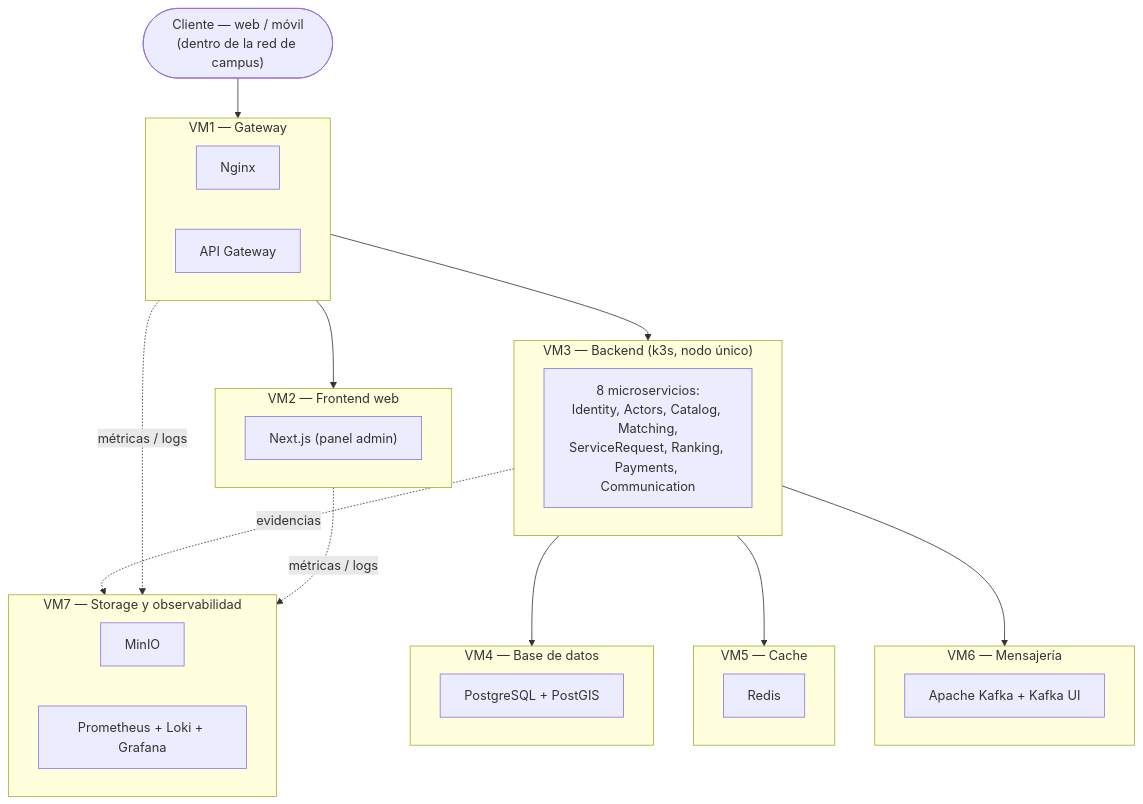
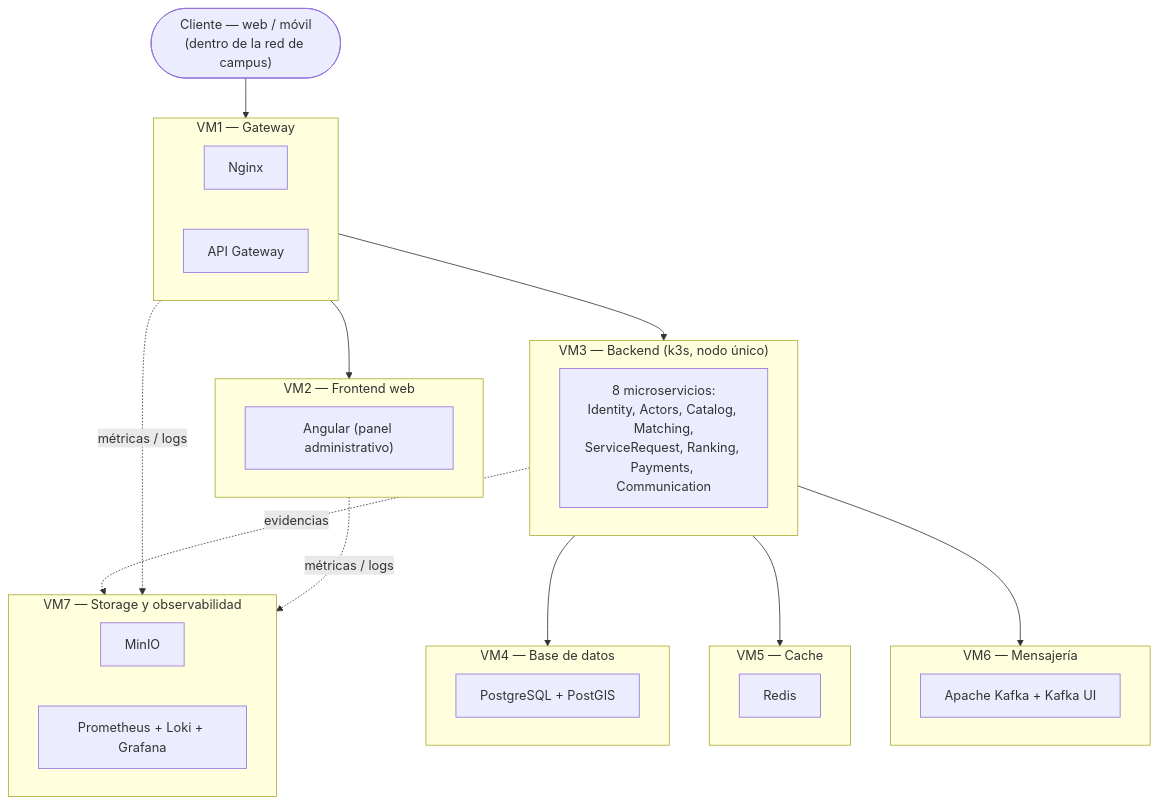
Before and after one commit to sebas0430/Arquitectura: the first of 5 diagrams in docs/infrastructure/INFRASTRUCTURE.md, drawn with Mermaid. The commit also changed other lines of this file and 63 other files, not shown here.

Commit message:
docs(architecture): unificar stack y crear base del monorepo

````diff
--- a/docs/infrastructure/INFRASTRUCTURE.md
+++ b/docs/infrastructure/INFRASTRUCTURE.md
@@ -48,37 +48,37 @@
 ```mermaid
 flowchart TB
     CLIENTE(["Cliente — web / móvil<br/>(dentro de la red de campus)"]) --> VM1
 
     subgraph VM1["VM1 — Gateway"]
         NGINX["Nginx"]
         GW["API Gateway"]
     end
     subgraph VM2["VM2 — Frontend web"]
-        WEB["Next.js (panel admin)"]
+        WEB["Angular (panel administrativo)"]
     end
     subgraph VM3["VM3 — Backend (k3s, nodo único)"]
         MS["8 microservicios:<br/>Identity, Actors, Catalog, Matching,<br/>ServiceRequest, Ranking, Payments, Communication"]
     end
     subgraph VM4["VM4 — Base de datos"]
         PG["PostgreSQL + PostGIS"]
     end
     subgraph VM5["VM5 — Cache"]
         REDIS["Redis"]
     end
     subgraph VM6["VM6 — Mensajería"]
         KAFKA["Apache Kafka + Kafka UI"]
     end
     subgraph VM7["VM7 — Storage y observabilidad"]
         MINIO["MinIO"]
         OBS["Prometheus + Loki + Grafana"]
     end
 
     VM1 --> VM2
     VM1 --> VM3
     VM3 --> VM4
     VM3 --> VM5
     VM3 --> VM6
     VM3 -.->|"evidencias"| VM7
     VM1 -.->|"métricas / logs"| VM7
     VM2 -.->|"métricas / logs"| VM7
 ```
````
